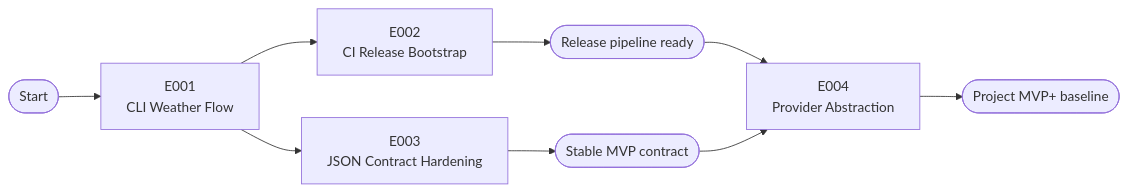
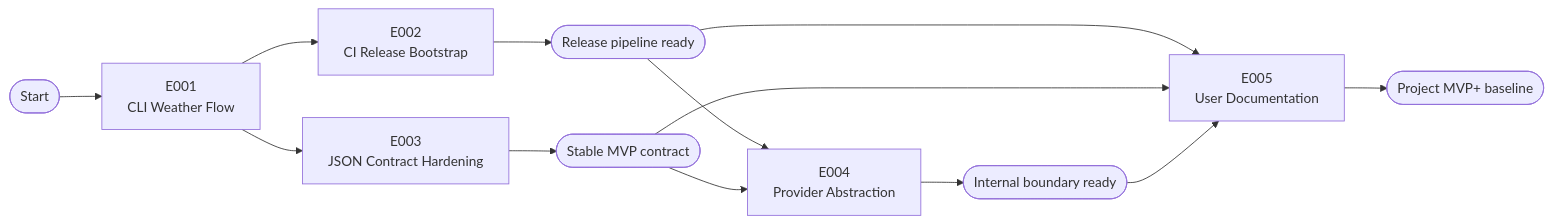
Before and after one commit to attilaszasz/weather-cli-demo-2: the diagram in specs/project-plan.md, drawn with Mermaid. The commit also changed other lines of this file, not shown here.

````diff
--- a/specs/project-plan.md
+++ b/specs/project-plan.md
@@ -35,11 +41,15 @@
 ```mermaid
 graph LR
     S([Start]) --> E001["E001<br>CLI Weather Flow"]
     E001 --> E002["E002<br>CI Release Bootstrap"]
     E001 --> E003["E003<br>JSON Contract Hardening"]
     E002 --> M1([Release pipeline ready])
     E003 --> M2([Stable MVP contract])
     M1 --> E004["E004<br>Provider Abstraction"]
     M2 --> E004
-    E004 --> F([Project MVP+ baseline])
+    E004 --> M3([Internal boundary ready])
+    M1 --> E005["E005<br>User Documentation"]
+    M2 --> E005
+    M3 --> E005
+    E005 --> F([Project MVP+ baseline])
 ```
````
